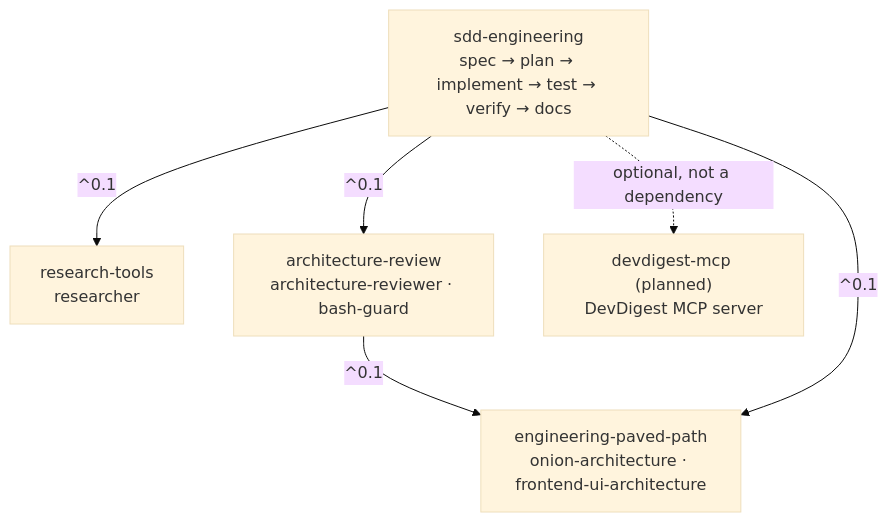
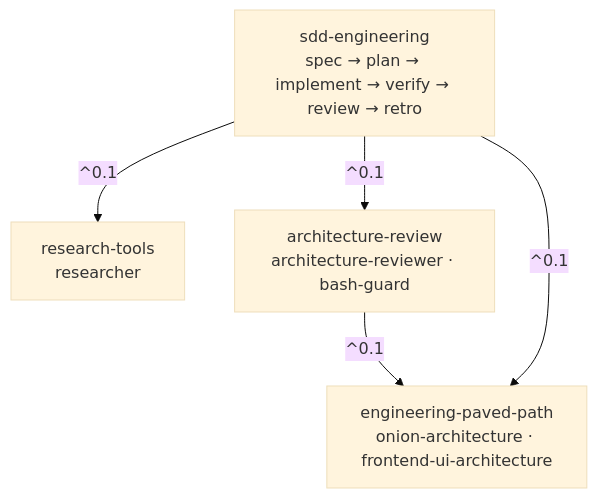
Before and after one commit to lindigo-design/devdigest-marketplace: the diagram in README.md, drawn with Mermaid (base theme). The commit also changed other lines of this file and 45 other files, not shown here.

First line of the commit message:
feat(sdd-engineering): spec-driven workflow agents, run-plan, workflow-retro, scope hooks (PR-4, 0.1.1)

````diff
--- a/README.md
+++ b/README.md
@@ -57,14 +57,12 @@
 ```mermaid
 graph TD
     EPP["engineering-paved-path<br/>onion-architecture · frontend-ui-architecture"]
     RT["research-tools<br/>researcher"]
     AR["architecture-review<br/>architecture-reviewer · bash-guard"]
-    SDD["sdd-engineering<br/>spec → plan → implement → test → verify → docs"]
-    MCP["devdigest-mcp (planned)<br/>DevDigest MCP server"]
+    SDD["sdd-engineering<br/>spec → plan → implement → verify → review → retro"]
 
     AR -->|"^0.1"| EPP
     SDD -->|"^0.1"| EPP
     SDD -->|"^0.1"| RT
     SDD -->|"^0.1"| AR
-    SDD -.->|"optional, not a dependency"| MCP
 ```
````
